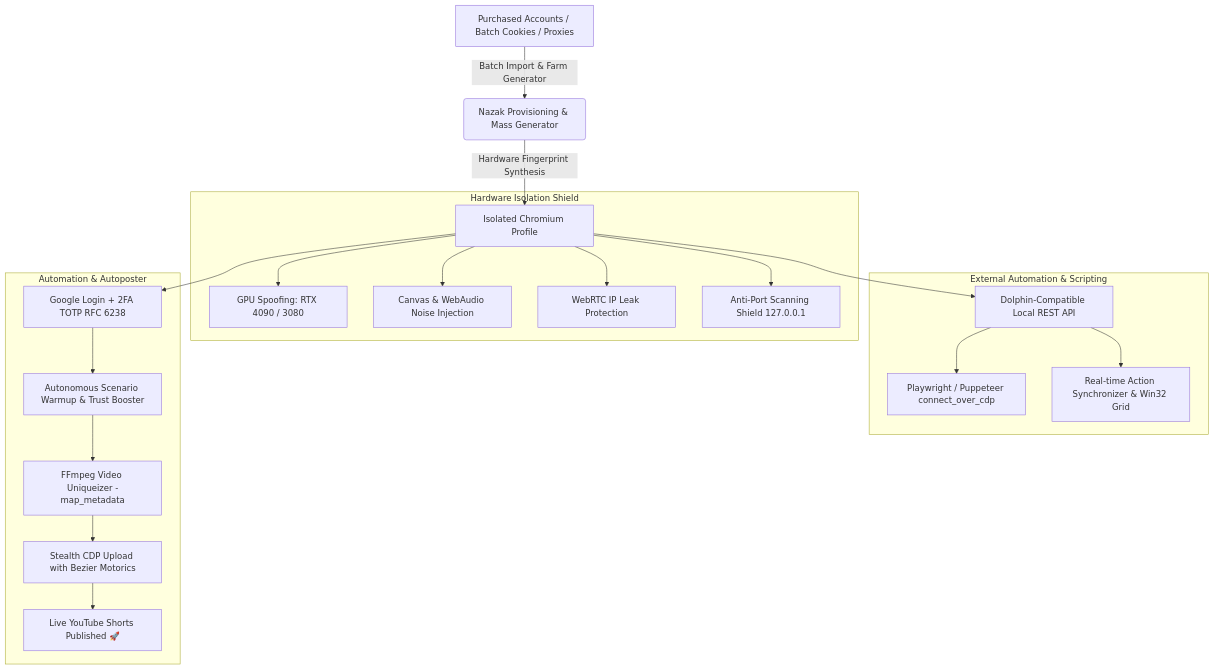
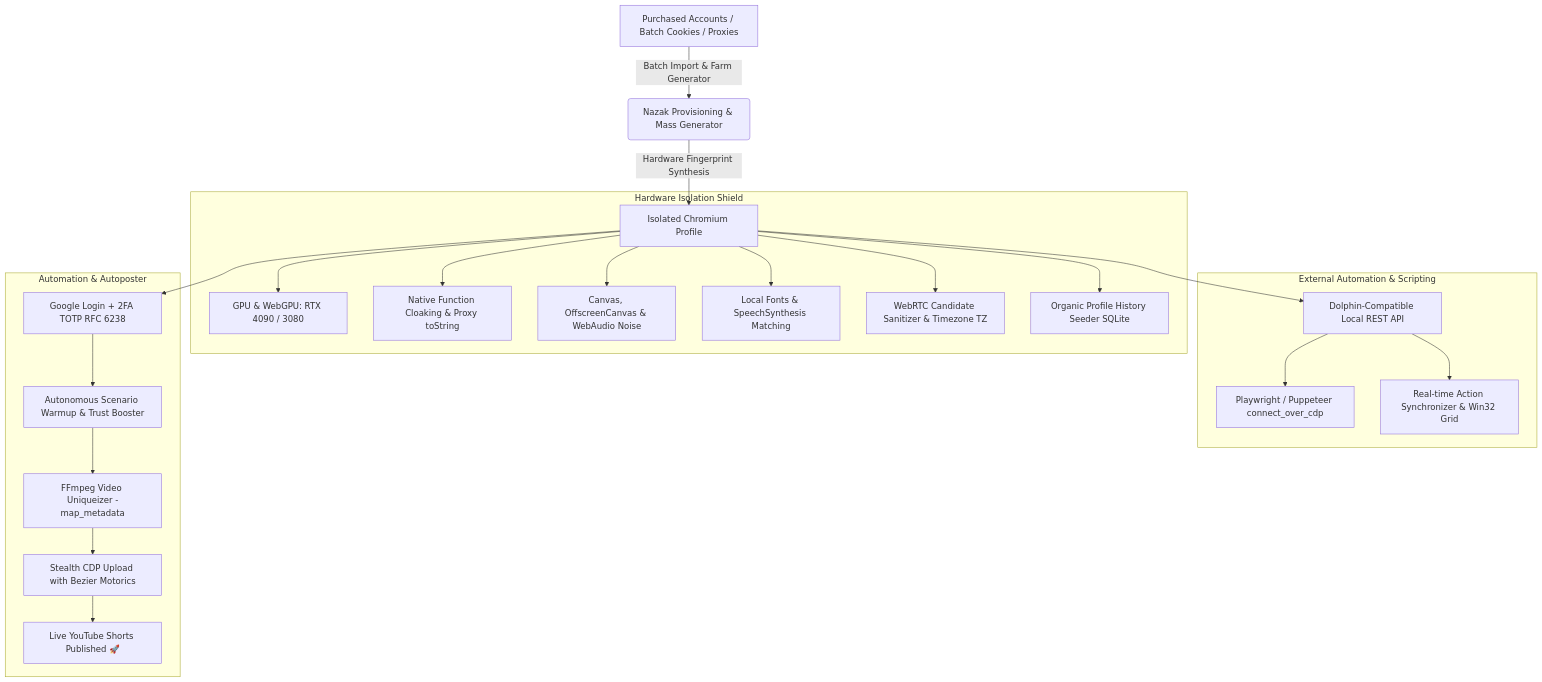
One commit to wwewtech/nazak-browser-studio changed the diagram in README.md. Above: the diagram before and after it, drawn with Mermaid. The commit also changed other lines of this file and 10 other files, not shown here.

Commit message:
feat(stealth): v1.8.0 enterprise anti-detect suite with native cloaking, WebGPU, local fonts, audio/canvas shields, and organic profile history seeder

````diff
--- a/README.md
+++ b/README.md
@@ -36,26 +36,28 @@
 ```mermaid
 flowchart TD
     A[Purchased Accounts / Batch Cookies / Proxies] -->|Batch Import & Farm Generator| B(Nazak Provisioning & Mass Generator)
     B -->|Hardware Fingerprint Synthesis| C[Isolated Chromium Profile]
 
     subgraph Hardware Isolation Shield
-        C --> D1[GPU Spoofing: RTX 4090 / 3080]
-        C --> D2[Canvas & WebAudio Noise Injection]
-        C --> D3[WebRTC IP Leak Protection]
-        C --> D4[Anti-Port Scanning Shield 127.0.0.1]
+        C --> D1[GPU & WebGPU: RTX 4090 / 3080]
+        C --> D2[Native Function Cloaking & Proxy toString]
+        C --> D3[Canvas, OffscreenCanvas & WebAudio Noise]
+        C --> D4[Local Fonts & SpeechSynthesis Matching]
+        C --> D5[WebRTC Candidate Sanitizer & Timezone TZ]
+        C --> D6[Organic Profile History Seeder SQLite]
     end
 
     subgraph External Automation & Scripting
         C --> F1[Dolphin-Compatible Local REST API]
         F1 --> F2[Playwright / Puppeteer connect_over_cdp]
         F1 --> F3[Real-time Action Synchronizer & Win32 Grid]
     end
 
     subgraph Automation & Autoposter
         C --> E1[Google Login + 2FA TOTP RFC 6238]
         E1 --> E2[Autonomous Scenario Warmup & Trust Booster]
         E2 --> E3[FFmpeg Video Uniqueizer -map_metadata]
         E3 --> E4[Stealth CDP Upload with Bezier Motorics]
         E4 --> E5[Live YouTube Shorts Published 🚀]
     end
 ```
````
